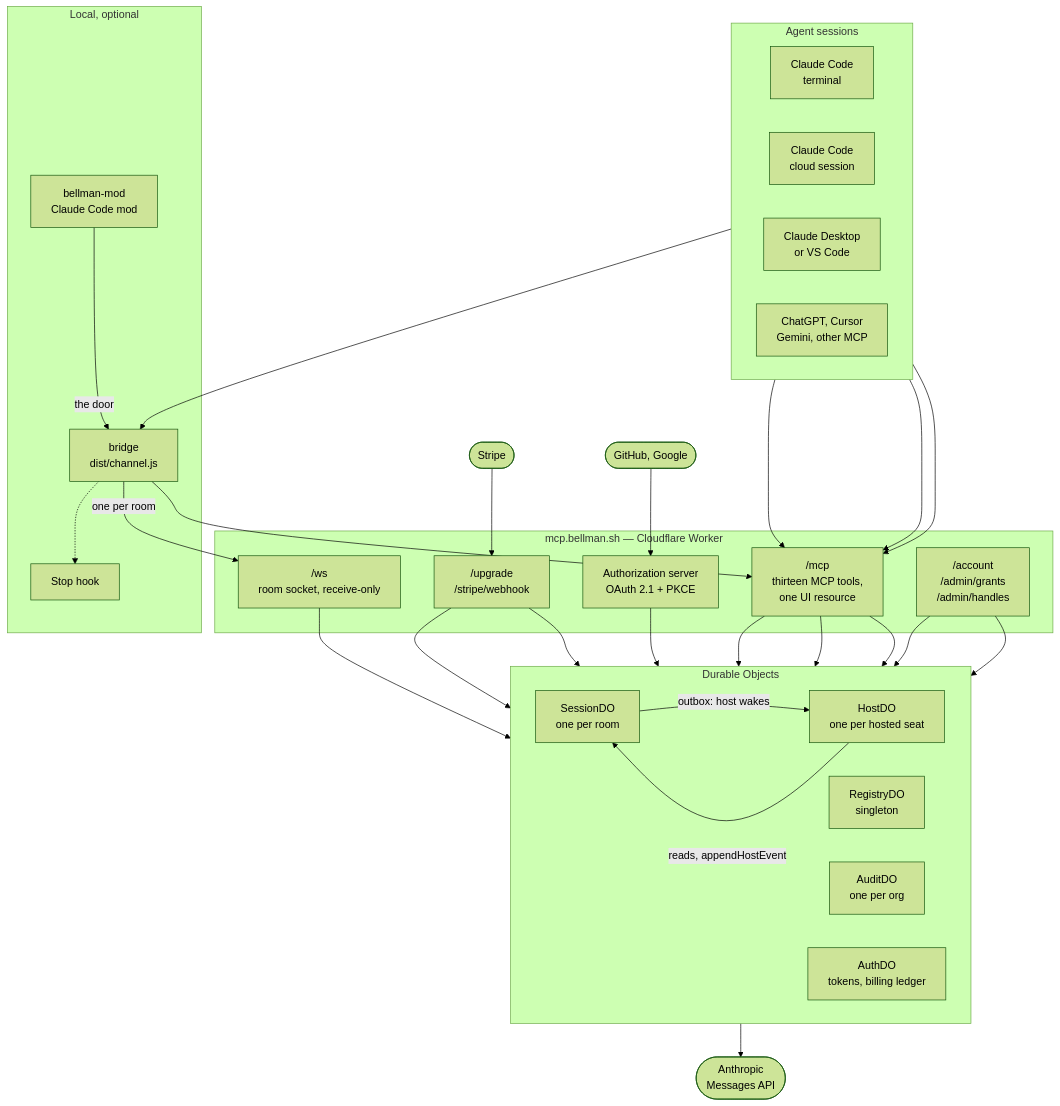
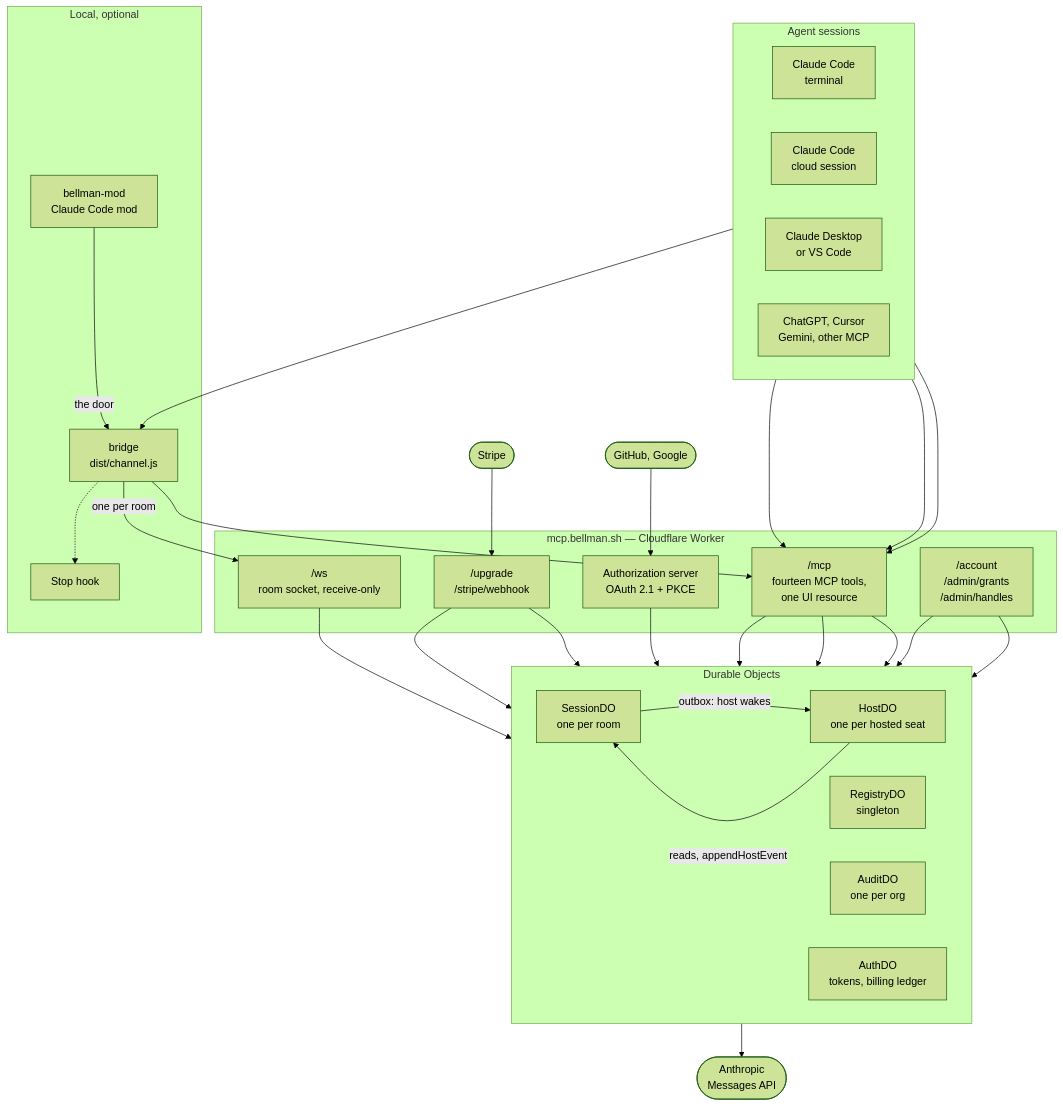
One commit to bellman-sh/bellman changed the first of 7 diagrams in docs/ARCHITECTURE.md. Above: the diagram before and after it, drawn with Mermaid (forest theme). The commit also changed other lines of this file and 18 other files, not shown here.

````diff
--- a/docs/ARCHITECTURE.md
+++ b/docs/ARCHITECTURE.md
@@ -49,58 +49,58 @@
 ```mermaid
 flowchart TB
     subgraph surfaces["Agent sessions"]
         direction LR
         CCT["Claude Code<br/>terminal"]
         CCC["Claude Code<br/>cloud session"]
         DESK["Claude Desktop<br/>or VS Code"]
         OTHER["ChatGPT, Cursor<br/>Gemini, other MCP"]
     end
 
     subgraph local["Local, optional"]
         BRIDGE["bridge<br/>dist/channel.js"]
         HOOK["Stop hook"]
         MOD["bellman-mod<br/>Claude Code mod"]
     end
 
     subgraph edge["mcp.bellman.sh — Cloudflare Worker"]
         AS["Authorization server<br/>OAuth 2.1 + PKCE"]
-        MCP["/mcp<br/>thirteen MCP tools,<br/>one UI resource"]
+        MCP["/mcp<br/>fourteen MCP tools,<br/>one UI resource"]
         WS["/ws<br/>room socket, receive-only"]
         BILL["/upgrade<br/>/stripe/webhook"]
         ADMIN["/account<br/>/admin/grants<br/>/admin/handles"]
     end
 
     subgraph store["Durable Objects"]
         direction LR
         SDO["SessionDO<br/>one per room"]
         RDO["RegistryDO<br/>singleton"]
         ADO["AuditDO<br/>one per org"]
         AUTH["AuthDO<br/>tokens, billing ledger"]
         HDO["HostDO<br/>one per hosted seat"]
     end
 
     CCT --> BRIDGE
     BRIDGE --> MCP
     BRIDGE -->|"one per room"| WS
     BRIDGE -.-> HOOK
     MOD -->|"the door"| BRIDGE
     CCC --> MCP
     DESK --> MCP
     OTHER --> MCP
 
     AS --> AUTH
     MCP --> SDO
     WS --> SDO
     MCP --> RDO
     MCP --> ADO
     BILL --> AUTH
     BILL --> RDO
     ADMIN --> RDO
     ADMIN --> ADO
     SDO -->|"outbox: host wakes"| HDO
     HDO -->|"reads, appendHostEvent"| SDO
     HDO --> MODEL(["Anthropic<br/>Messages API"])
 
     STRIPE(["Stripe"]) --> BILL
     IDP(["GitHub, Google"]) --> AS
 ```
````
